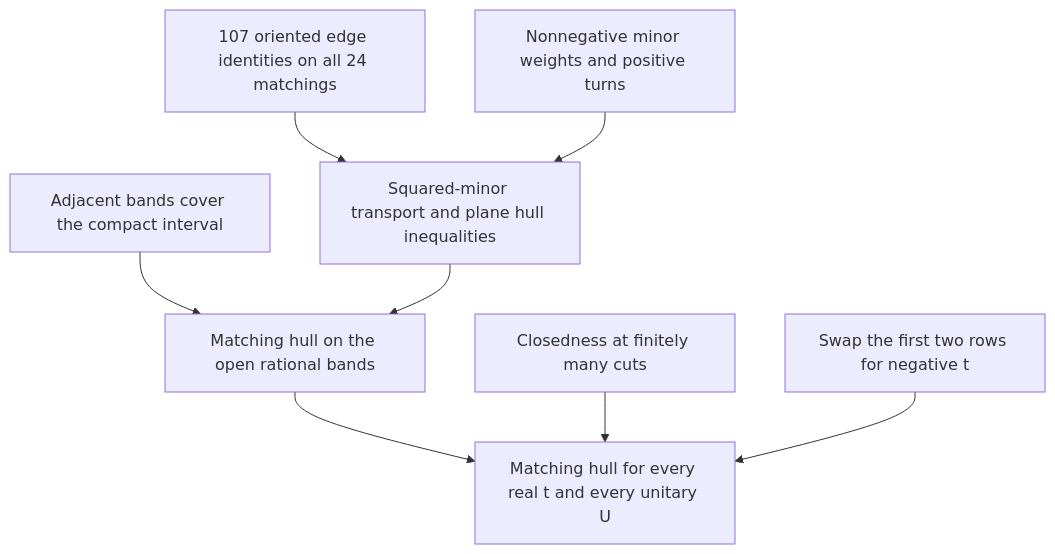
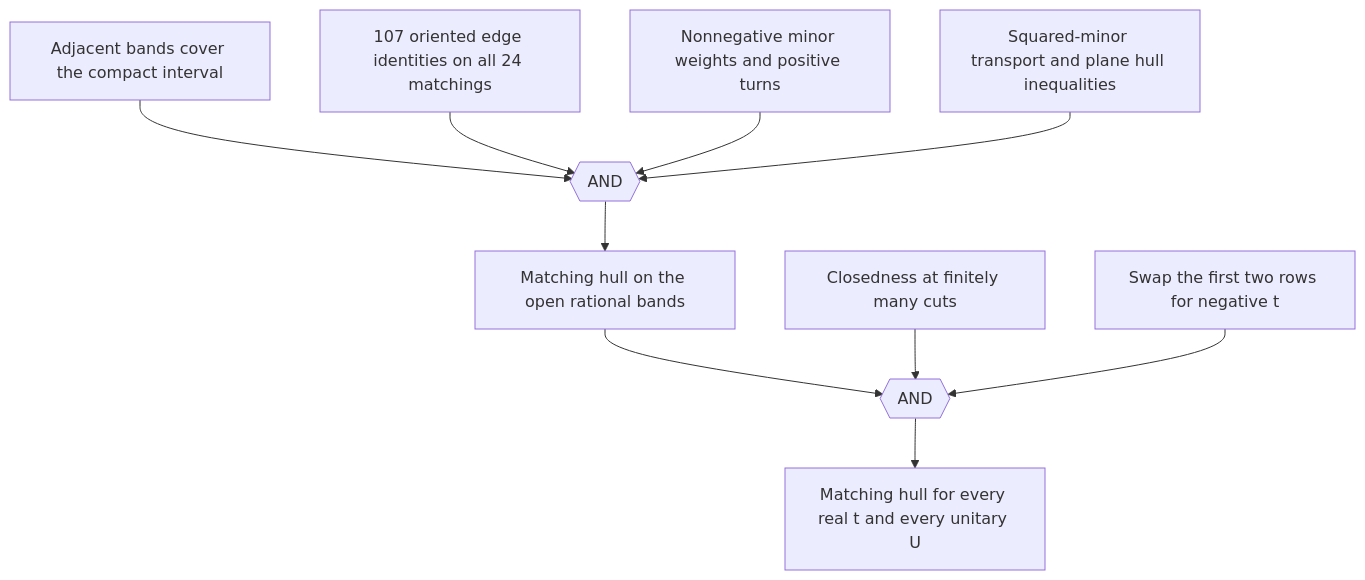
Before and after one commit to ascendnoosphere/MOC: the diagram in Docs/order-four-real-parameter-spectra-proof-map.md, drawn with Mermaid. The commit also changed other lines of this file and 12 other files, not shown here.

````diff
--- a/Docs/order-four-real-parameter-spectra-proof-map.md
+++ b/Docs/order-four-real-parameter-spectra-proof-map.md
@@ -13,18 +21,22 @@
 ```mermaid
 flowchart TD
     G["Matching hull for every real t and every unitary U"]
     P["Matching hull on the open rational bands"]
     C["Closedness at finitely many cuts"]
     S["Swap the first two rows for negative t"]
     B["Adjacent bands cover the compact interval"]
     F["107 oriented edge identities on all 24 matchings"]
     W["Nonnegative minor weights and positive turns"]
     T["Squared-minor transport and plane hull inequalities"]
-    B --> P
-    F --> T
-    W --> T
-    T --> P
-    P --> G
-    C --> G
-    S --> G
+    Bands{{"AND"}}
+    Full{{"AND"}}
+    B --> Bands
+    F --> Bands
+    W --> Bands
+    T --> Bands
+    Bands --> P
+    P --> Full
+    C --> Full
+    S --> Full
+    Full --> G
 ```
````
